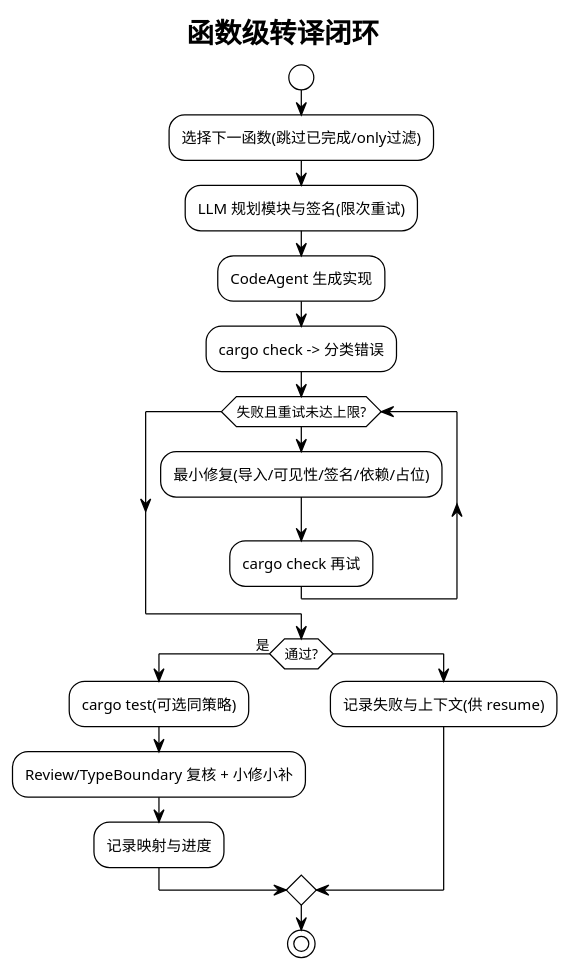
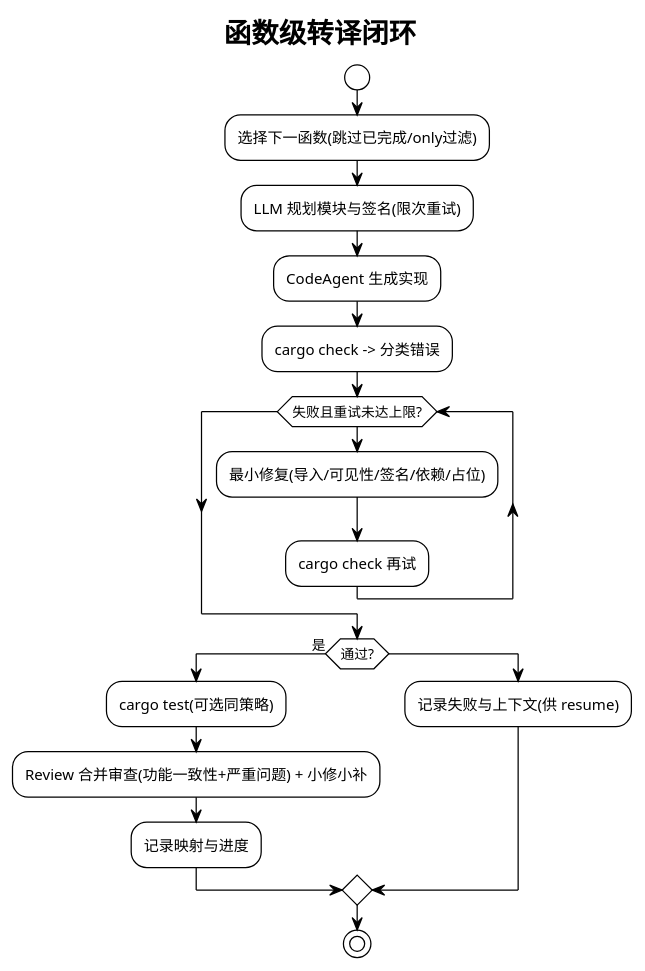
One commit to skyfireitdiy/Jarvis changed diagram 57 of 60 in 技术报告.md. Above: the diagram before and after it, drawn with PlantUML. The commit also changed other lines of this file, not shown here.

````diff
--- a/技术报告.md
+++ b/技术报告.md
@@ -4352,23 +4361,23 @@
 ```plantuml
 @startuml
 !theme plain
 title 函数级转译闭环
 start
 :选择下一函数(跳过已完成/only过滤);
 :LLM 规划模块与签名(限次重试);
 :CodeAgent 生成实现;
 :cargo check -> 分类错误;
 while (失败且重试未达上限?)
   :最小修复(导入/可见性/签名/依赖/占位);
   :cargo check 再试;
 endwhile
 if (通过?) then (是)
   :cargo test(可选同策略);
-  :Review/TypeBoundary 复核 + 小修小补;
+  :Review 合并审查(功能一致性+严重问题) + 小修小补;
   :记录映射与进度;
 else
   :记录失败与上下文(供 resume);
 endif
 stop
 @enduml
 ```
````
